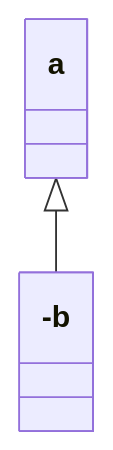
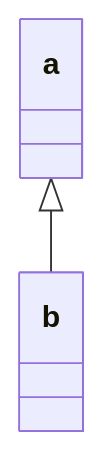
One commit to redboltz/mermaid_test changed the diagram in README.md. Above: the diagram before and after it, drawn with Mermaid.

````diff
--- a/README.md
+++ b/README.md
@@ -3,4 +3,4 @@
 ```mermaid
 classDiagram
-a <|--- b
+a <|-- b
 ```
````
